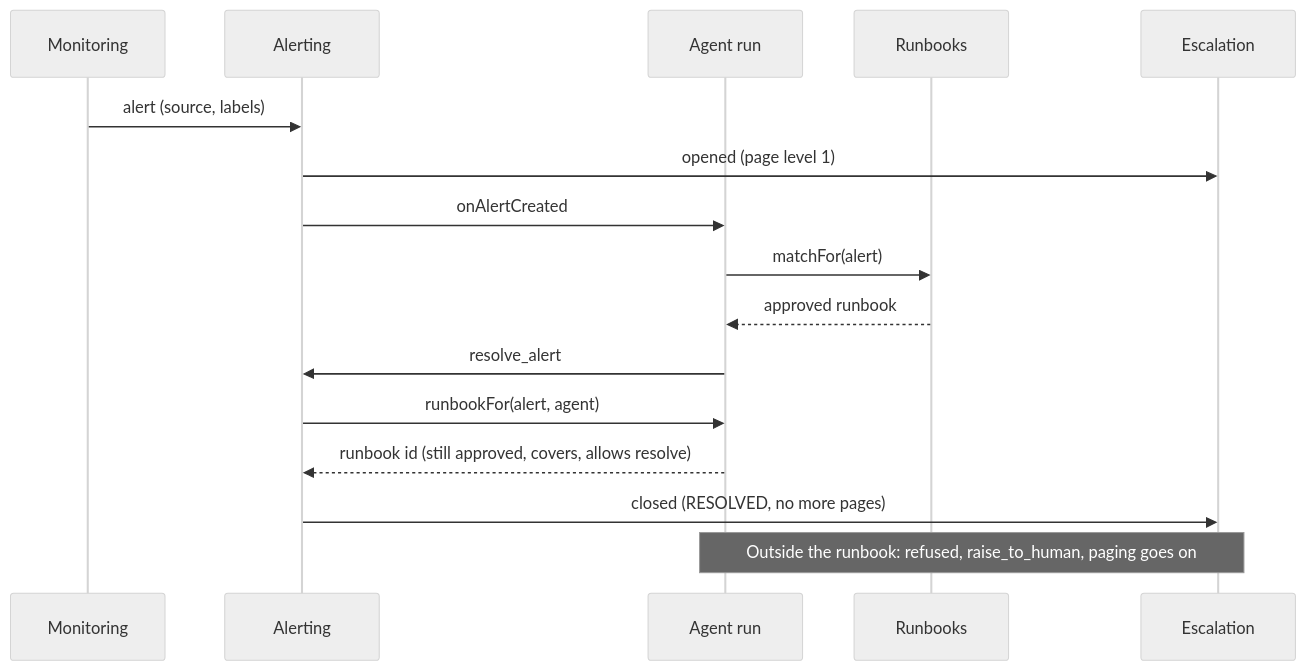
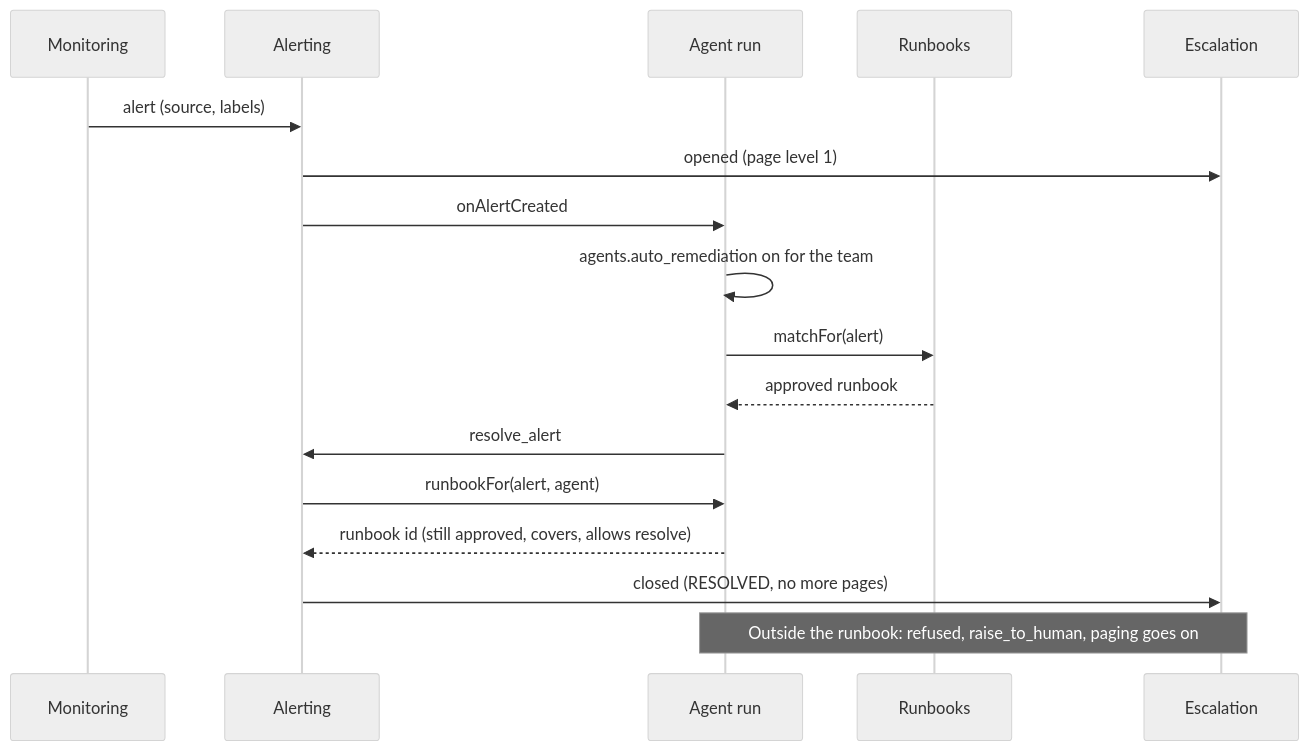
Before and after one commit to gigabrain-ideas/mayday: the diagram in docs/domains/runbooks.md, drawn with Mermaid (neutral theme). The commit also changed other lines of this file and 7 other files, not shown here.

````diff
--- a/docs/domains/runbooks.md
+++ b/docs/domains/runbooks.md
@@ -35,18 +37,19 @@
 ```mermaid
 sequenceDiagram
   participant Mon as Monitoring
   participant A as Alerting
   participant Ag as Agent run
   participant R as Runbooks
   participant E as Escalation
   Mon->>A: alert (source, labels)
   A->>E: opened (page level 1)
   A->>Ag: onAlertCreated
+  Ag->>Ag: agents.auto_remediation on for the team
   Ag->>R: matchFor(alert)
   R-->>Ag: approved runbook
   Ag->>A: resolve_alert
   A->>Ag: runbookFor(alert, agent)
   Ag-->>A: runbook id (still approved, covers, allows resolve)
   A->>E: closed (RESOLVED, no more pages)
   Note over Ag,E: Outside the runbook: refused, raise_to_human, paging goes on
 ```
````
